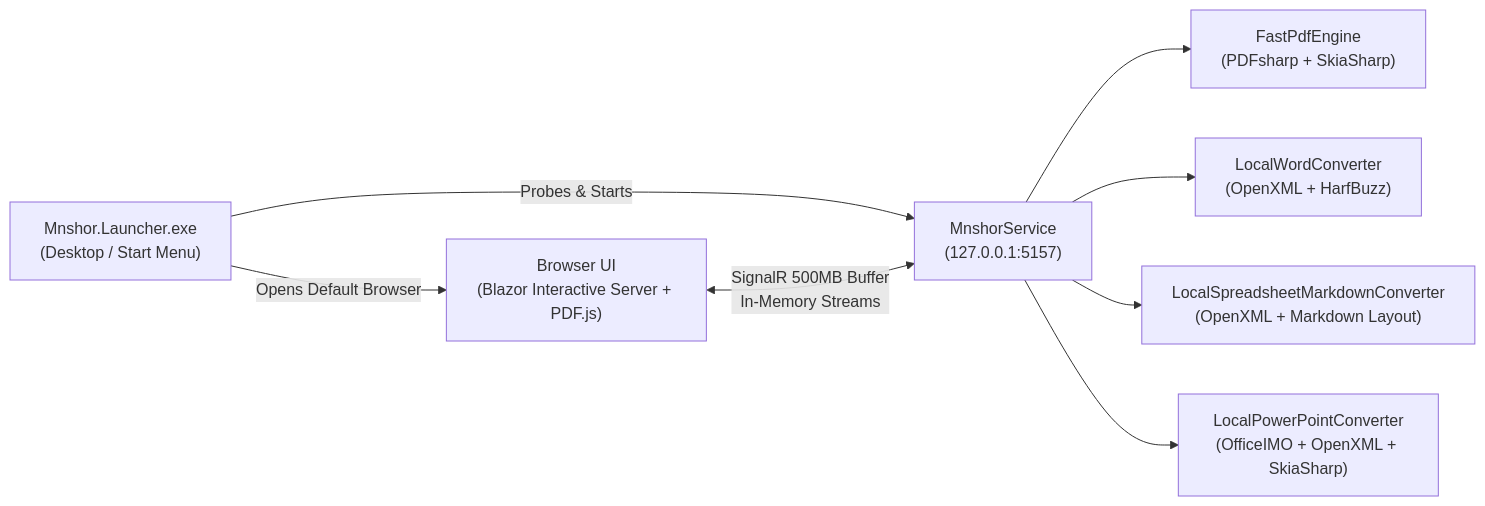
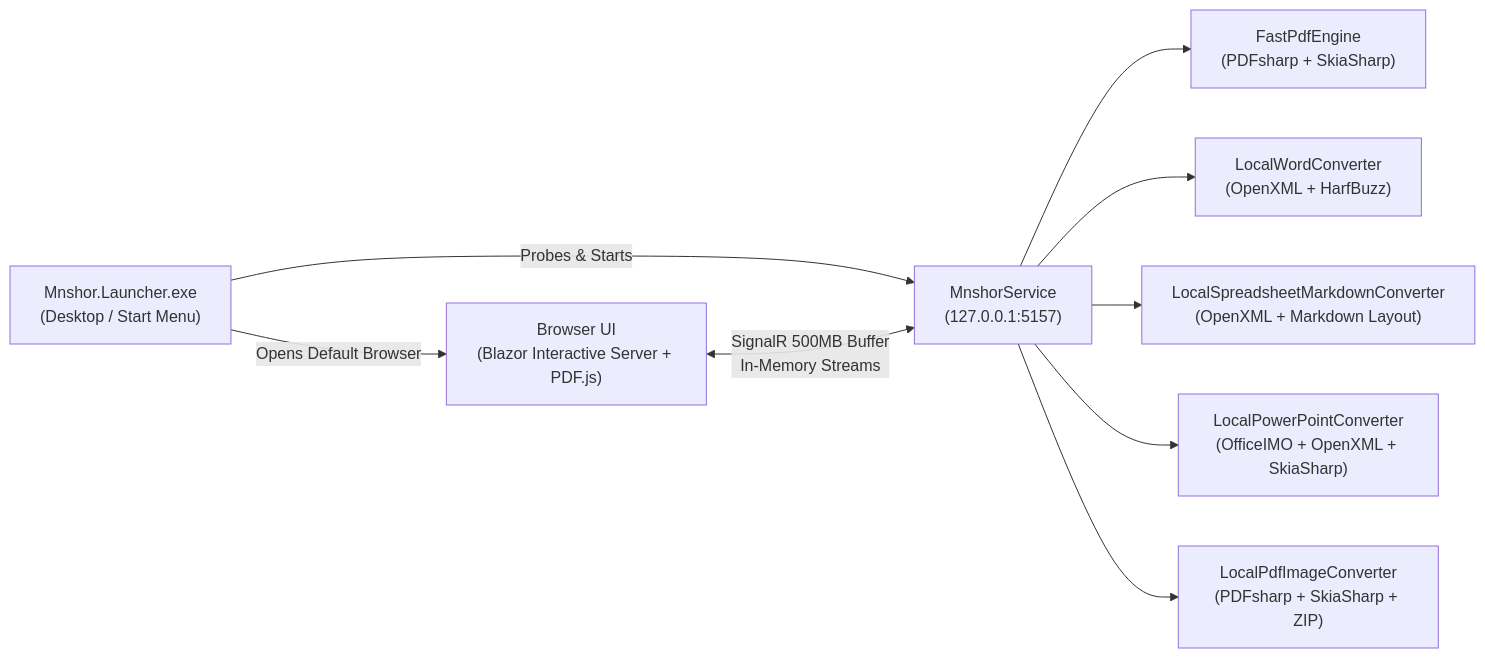
The diagram in README.md (amdnaji/mnshor), drawn with Mermaid before and after one commit. The commit also changed other lines of this file and 11 other files, not shown here.

Commit message:
feat(images): add PDF to Images (JPG/PNG/WebP) and embedded image extractor

````diff
--- a/README.md
+++ b/README.md
@@ -60,10 +61,11 @@
 ```mermaid
 flowchart LR
     Launcher["Mnshor.Launcher.exe<br/>(Desktop / Start Menu)"] -->|Probes & Starts| Service["MnshorService<br/>(127.0.0.1:5157)"]
     Launcher -->|Opens Default Browser| Browser["Browser UI<br/>(Blazor Interactive Server + PDF.js)"]
     Browser <-->|SignalR 500MB Buffer<br/>In-Memory Streams| Service
     Service --> PdfEngine["FastPdfEngine<br/>(PDFsharp + SkiaSharp)"]
     Service --> WordEngine["LocalWordConverter<br/>(OpenXML + HarfBuzz)"]
     Service --> SheetMdEngine["LocalSpreadsheetMarkdownConverter<br/>(OpenXML + Markdown Layout)"]
     Service --> PptxEngine["LocalPowerPointConverter<br/>(OfficeIMO + OpenXML + SkiaSharp)"]
+    Service --> ImgEngine["LocalPdfImageConverter<br/>(PDFsharp + SkiaSharp + ZIP)"]
 ```
````
